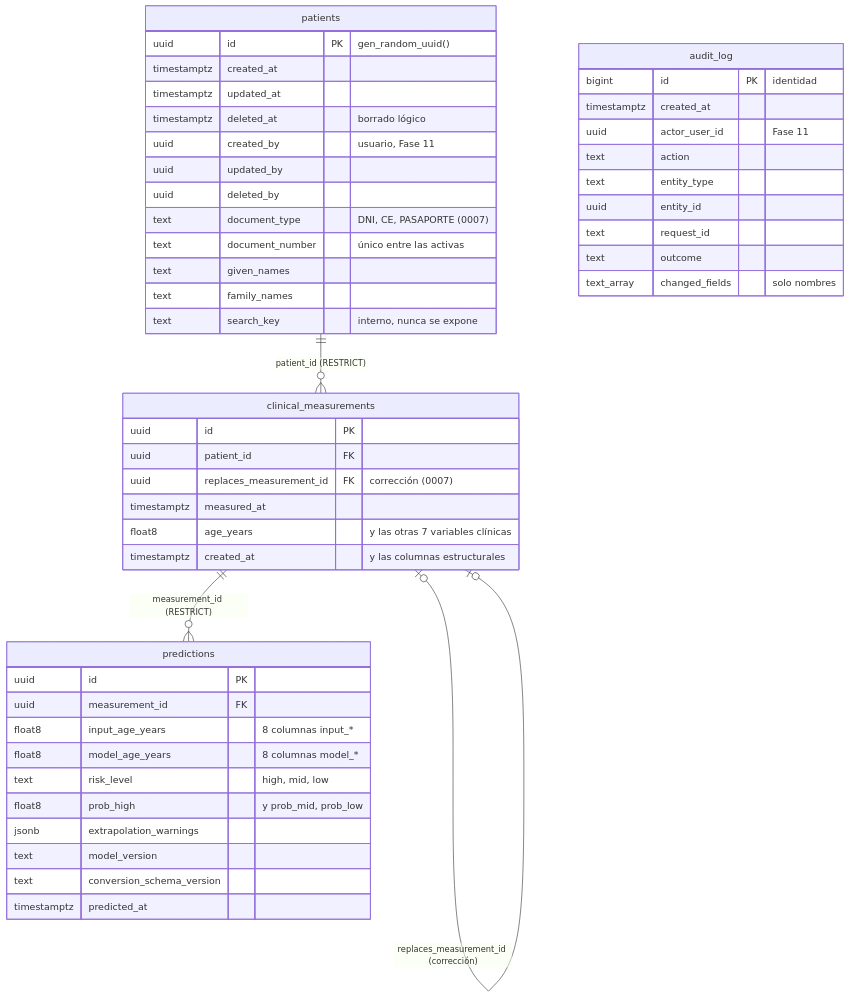
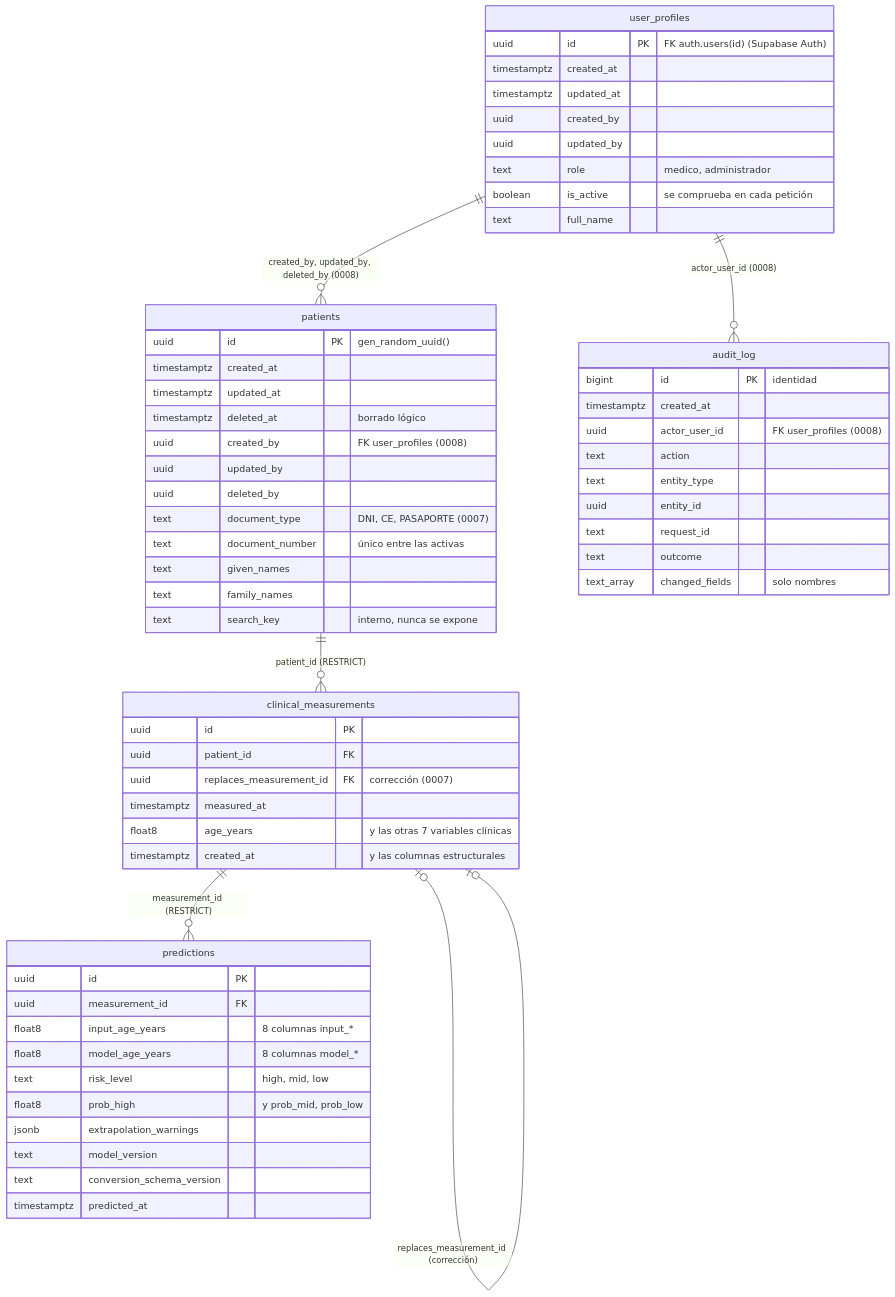
One commit to jhanio/gynfem-backend changed the diagram in docs/ERD.md. Above: the diagram before and after it, drawn with Mermaid. The commit also changed other lines of this file and 8 other files, not shown here.

````diff
--- a/docs/ERD.md
+++ b/docs/ERD.md
@@ -72,52 +73,65 @@
 ```mermaid
 erDiagram
     patients ||--o{ clinical_measurements : "patient_id (RESTRICT)"
     clinical_measurements ||--o{ predictions : "measurement_id (RESTRICT)"
     clinical_measurements |o--o| clinical_measurements : "replaces_measurement_id (corrección)"
 
     patients {
         uuid id PK "gen_random_uuid()"
         timestamptz created_at
         timestamptz updated_at
         timestamptz deleted_at "borrado lógico"
-        uuid created_by "usuario, Fase 11"
+        uuid created_by "FK user_profiles (0008)"
         uuid updated_by
         uuid deleted_by
         text document_type "DNI, CE, PASAPORTE (0007)"
         text document_number "único entre las activas"
         text given_names
         text family_names
         text search_key "interno, nunca se expone"
     }
     clinical_measurements {
         uuid id PK
         uuid patient_id FK
         uuid replaces_measurement_id FK "corrección (0007)"
         timestamptz measured_at
         float8 age_years "y las otras 7 variables clínicas"
         timestamptz created_at "y las columnas estructurales"
     }
     predictions {
         uuid id PK
         uuid measurement_id FK
         float8 input_age_years "8 columnas input_*"
         float8 model_age_years "8 columnas model_*"
         text risk_level "high, mid, low"
         float8 prob_high "y prob_mid, prob_low"
         jsonb extrapolation_warnings
         text model_version
         text conversion_schema_version
         timestamptz predicted_at
     }
+    user_profiles ||--o{ patients : "created_by, updated_by, deleted_by (0008)"
+    user_profiles ||--o{ audit_log : "actor_user_id (0008)"
+
+    user_profiles {
+        uuid id PK "FK auth.users(id) (Supabase Auth)"
+        timestamptz created_at
+        timestamptz updated_at
+        uuid created_by
+        uuid updated_by
+        text role "medico, administrador"
+        boolean is_active "se comprueba en cada petición"
+        text full_name
+    }
     audit_log {
         bigint id PK "identidad"
         timestamptz created_at
-        uuid actor_user_id "Fase 11"
+        uuid actor_user_id "FK user_profiles (0008)"
         text action
         text entity_type
         uuid entity_id
         text request_id
         text outcome
         text_array changed_fields "solo nombres"
     }
 ```
````
